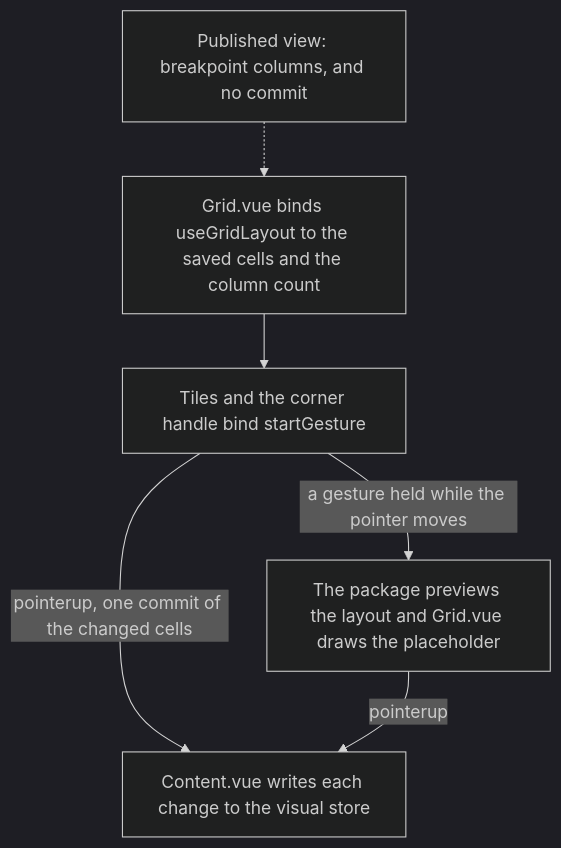
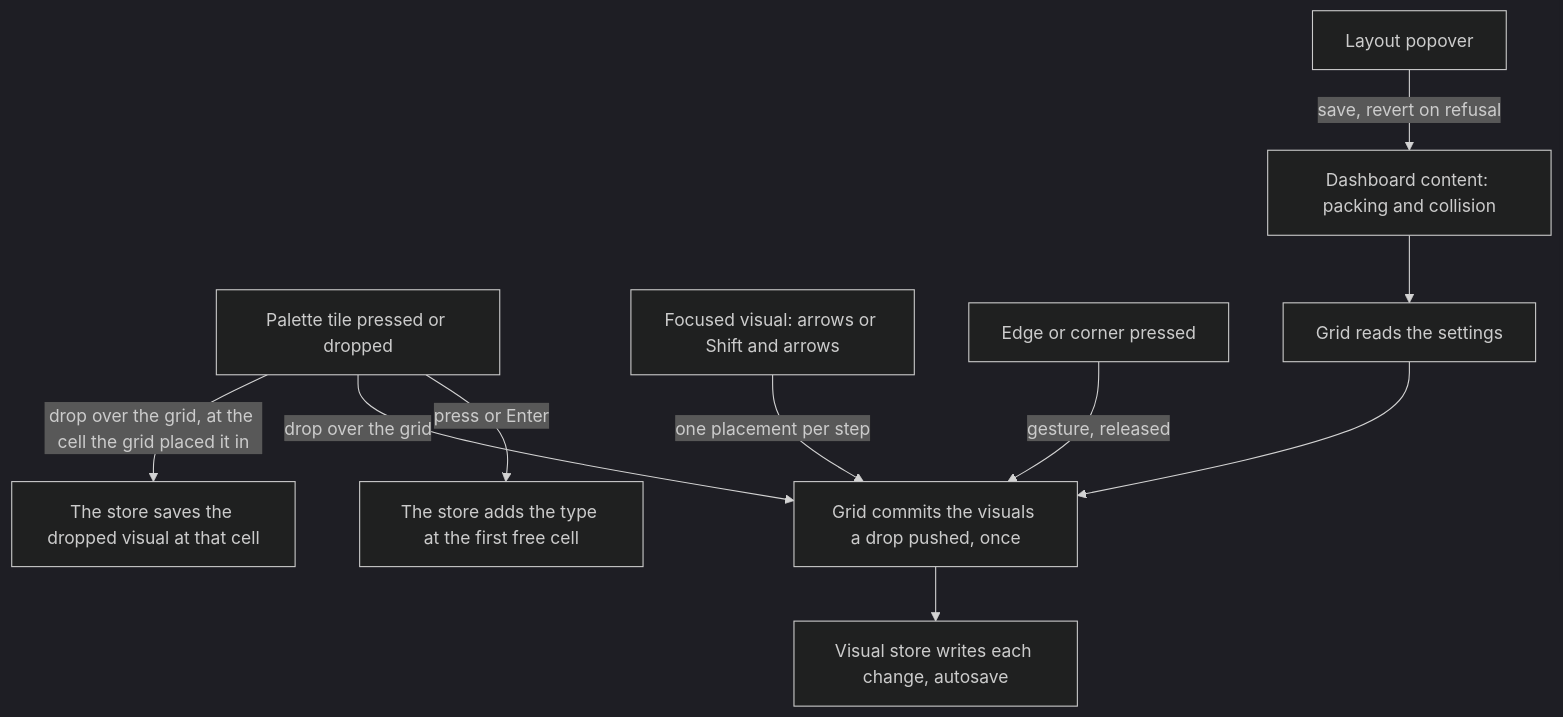
Before and after one commit to Esposter/Esposter: the diagram in openspec/specs/resource/dashboard-grid/design.md, drawn with Mermaid (dark theme). The commit also changed other lines of this file and 17 other files, not shown here.

First line of the commit message:
docs(openspec): the dashboard grid's controls are built, and the grid package's cross-grid and nested presses are deferred

````diff
--- a/openspec/specs/resource/dashboard-grid/design.md
+++ b/openspec/specs/resource/dashboard-grid/design.md
@@ -11,8 +60,12 @@
 ```mermaid
 flowchart TD
-  A["Grid.vue binds useGridLayout to the saved cells and the column count"] --> B["Tiles and the corner handle bind startGesture"]
-  B -->|"pointerup, one commit of the changed cells"| C["Content.vue writes each change to the visual store"]
-  B -->|"a gesture held while the pointer moves"| D["The package previews the layout and Grid.vue draws the placeholder"]
-  D -->|"pointerup"| C
-  E["Published view: breakpoint columns, and no commit"] -.-> A
+  P["Palette tile pressed or dropped"] -->|"drop over the grid, at the cell the grid placed it in"| SD["The store saves the dropped visual at that cell"]
+  P -->|"drop over the grid"| G["Grid commits the visuals a drop pushed, once"]
+  P -->|"press or Enter"| S["The store adds the type at the first free cell"]
+  K["Focused visual: arrows or Shift and arrows"] -->|"one placement per step"| G
+  H["Edge or corner pressed"] -->|"gesture, released"| G
+  L["Layout popover"] -->|"save, revert on refusal"| D["Dashboard content: packing and collision"]
+  G --> V["Visual store writes each change, autosave"]
+  D --> GR["Grid reads the settings"]
+  GR --> G
 ```
````
